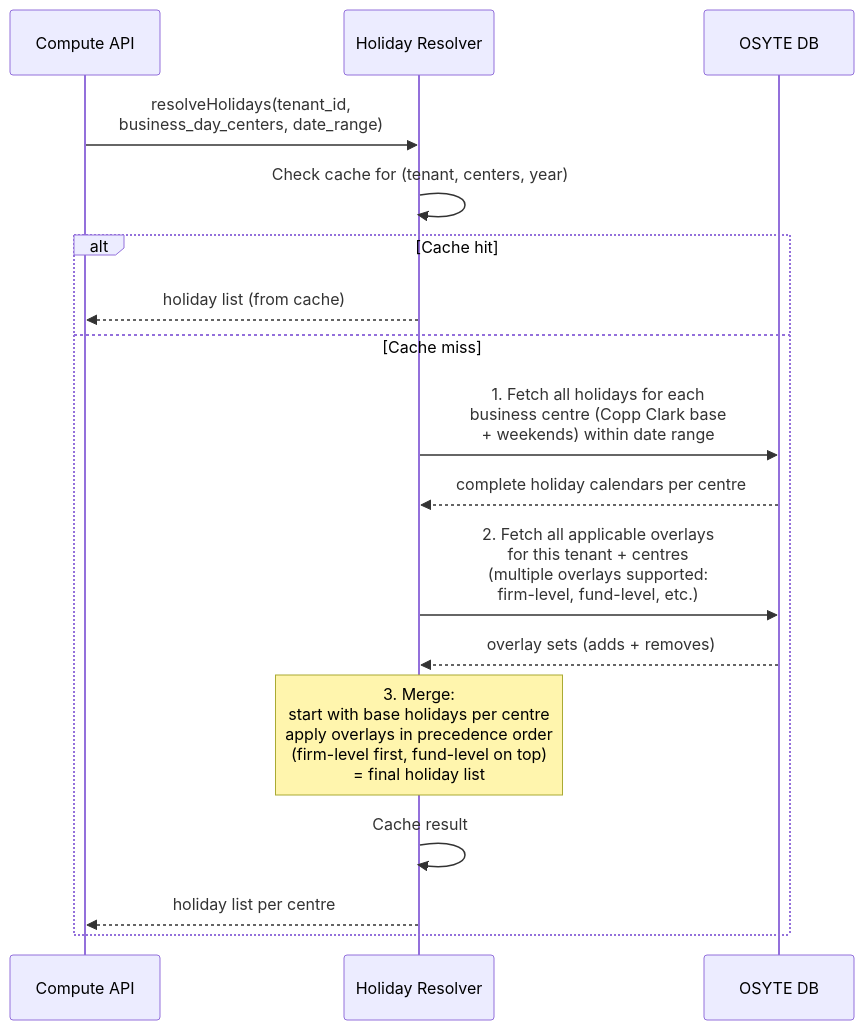
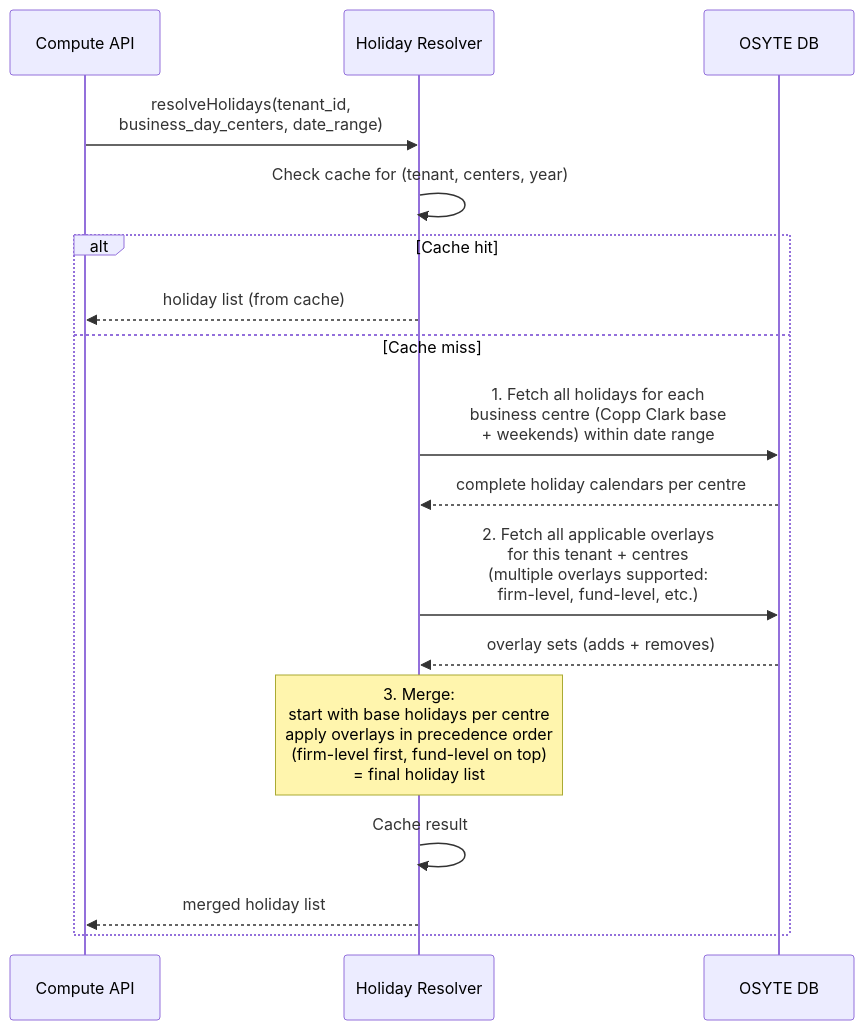
The first of 4 diagrams in lcs-main/docs/architecture.md (Ashu290905/OSYTE), drawn with Mermaid before and after one commit. The commit also changed other lines of this file, not shown here.

First line of the commit message:
Fix: Holiday Resolver returns one merged list, not per-centre

````diff
--- a/lcs-main/docs/architecture.md
+++ b/lcs-main/docs/architecture.md
@@ -53,26 +53,26 @@
 ```mermaid
 sequenceDiagram
     participant Caller as Compute API
     participant HR as Holiday Resolver
     participant DB as OSYTE DB
 
     Caller->>HR: resolveHolidays(tenant_id,<br/>business_day_centers, date_range)
 
     HR->>HR: Check cache for (tenant, centers, year)
 
     alt Cache hit
         HR-->>Caller: holiday list (from cache)
     else Cache miss
         HR->>DB: 1. Fetch all holidays for each<br/>business centre (Copp Clark base<br/>+ weekends) within date range
         DB-->>HR: complete holiday calendars per centre
 
         HR->>DB: 2. Fetch all applicable overlays<br/>for this tenant + centres<br/>(multiple overlays supported:<br/>firm-level, fund-level, etc.)
         DB-->>HR: overlay sets (adds + removes)
 
         Note over HR: 3. Merge:<br/>start with base holidays per centre<br/>apply overlays in precedence order<br/>(firm-level first, fund-level on top)<br/>= final holiday list
 
         HR->>HR: Cache result
 
-        HR-->>Caller: holiday list per centre
+        HR-->>Caller: merged holiday list
     end
 ```
````
